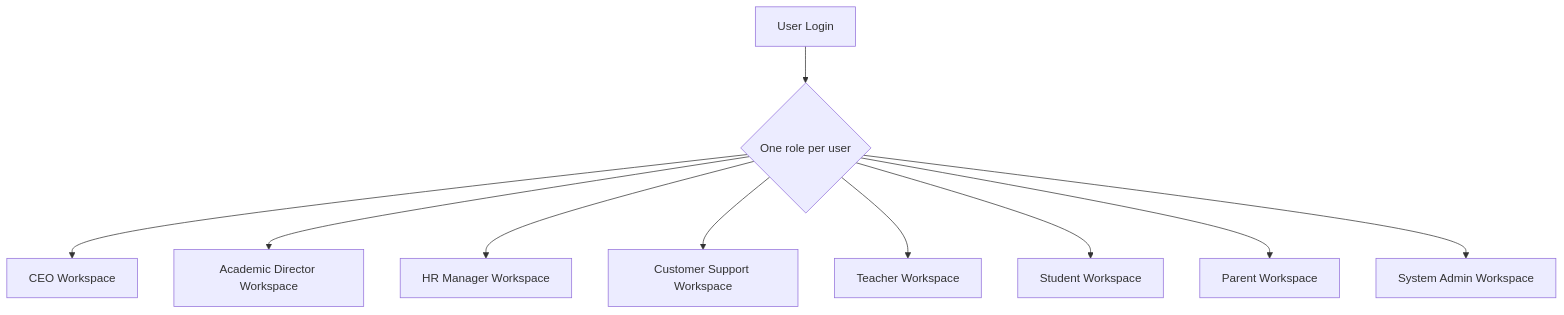
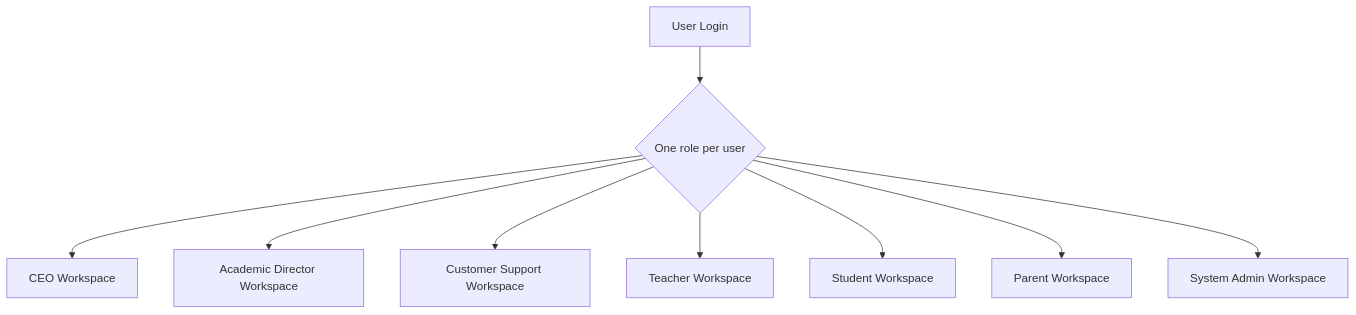
One commit to Khamid22/msischoolbot_v2 changed the second of 2 diagrams in docs/CEO_OVERVIEW.md. Above: the diagram before and after it, drawn with Mermaid. The commit also changed other lines of this file and 92 other files, not shown here.

````diff
--- a/docs/CEO_OVERVIEW.md
+++ b/docs/CEO_OVERVIEW.md
@@ -95,13 +94,12 @@
 ```mermaid
 flowchart TD
     Login[User Login]
     Login --> Role{One role per user}
     Role --> CEO[CEO Workspace]
     Role --> AD[Academic Director Workspace]
-    Role --> HR[HR Manager Workspace]
     Role --> Support[Customer Support Workspace]
     Role --> Teacher[Teacher Workspace]
     Role --> Student[Student Workspace]
     Role --> Parent[Parent Workspace]
     Role --> Admin[System Admin Workspace]
 ```
````
